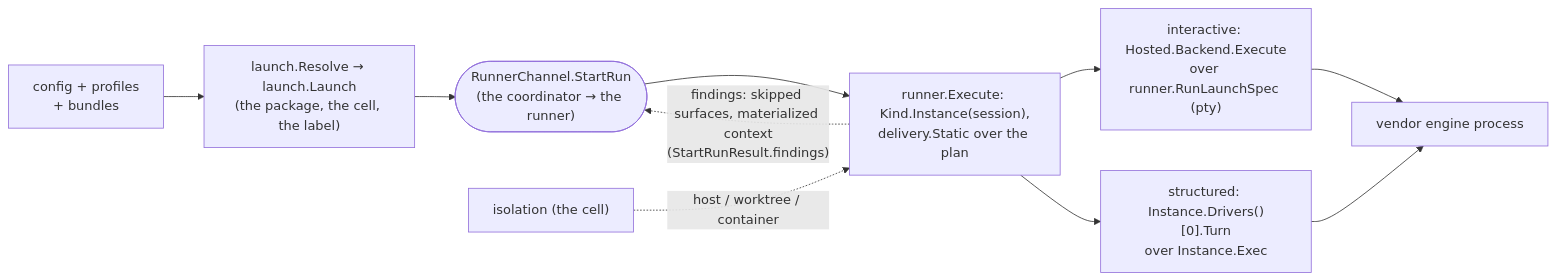
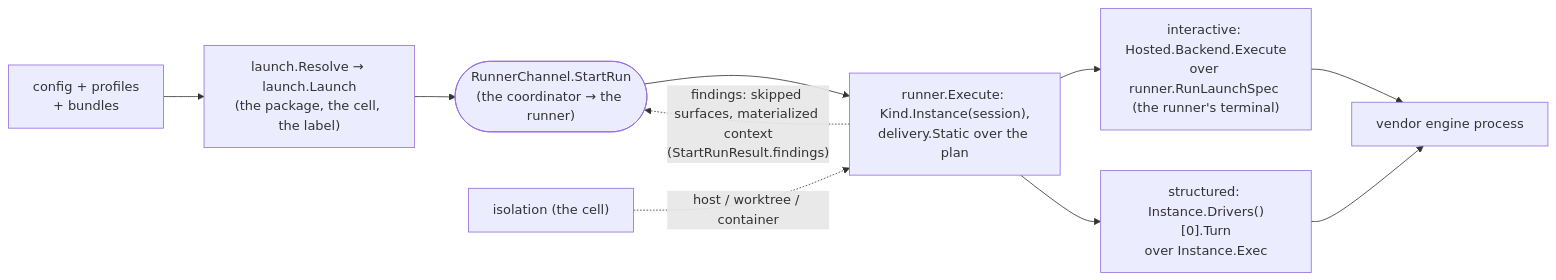
The diagram in docs/architecture/engines/README.md (ctxloom/ctxloom), drawn with Mermaid before and after one commit. The commit also changed other lines of this file and 12 other files, not shown here.

````diff
--- a/docs/architecture/engines/README.md
+++ b/docs/architecture/engines/README.md
@@ -288,13 +288,13 @@
 ```mermaid
 flowchart LR
     CFG["config + profiles<br/>+ bundles"] --> LNCH["launch.Resolve → launch.Launch<br/>(the package, the cell, the label)"]
     LNCH --> CH(["RunnerChannel.StartRun<br/>(the coordinator → the runner)"])
     CH --> RUN["runner.Execute: Kind.Instance(session),<br/>delivery.Static over the plan"]
-    RUN --> INT["interactive: Hosted.Backend.Execute<br/>over runner.RunLaunchSpec (pty)"]
+    RUN --> INT["interactive: Hosted.Backend.Execute<br/>over runner.RunLaunchSpec (the runner's terminal)"]
     RUN --> STR["structured: Instance.Drivers()[0].Turn<br/>over Instance.Exec"]
     RUN -.->|"findings: skipped surfaces, materialized context<br/>(StartRunResult.findings)"| CH
     INT --> ENG["vendor engine process"]
     STR --> ENG
 
     ISO["isolation (the cell)"] -.->|host / worktree / container| RUN
 ```
````
